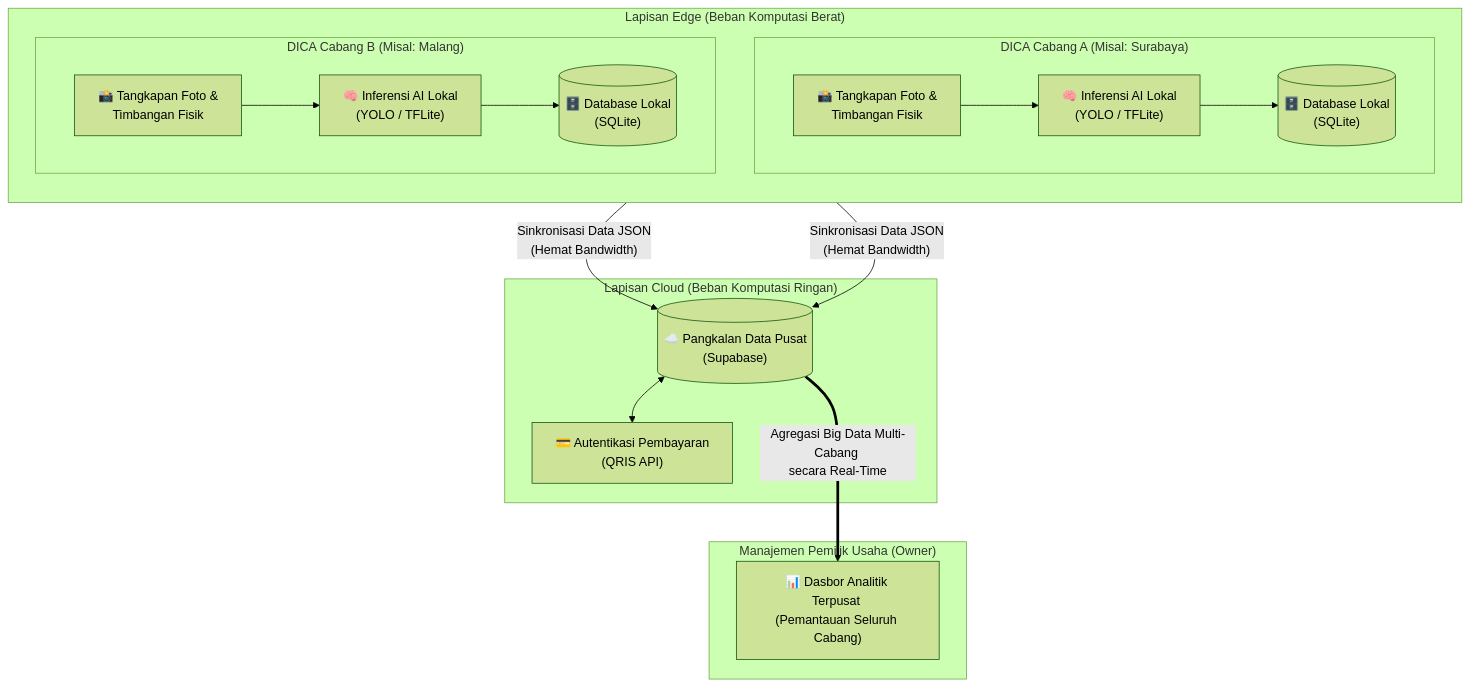
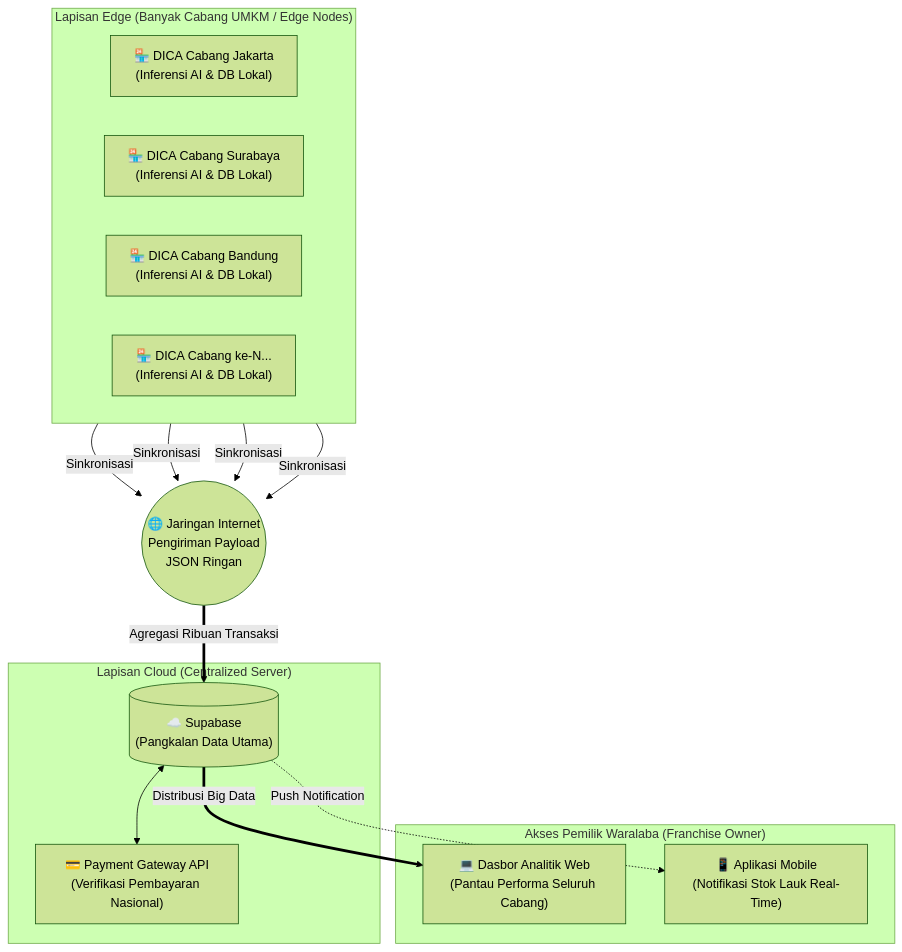
One commit to Mahardika-Ramadhana/dish-counter-apparatus changed the diagram in docs/DISTRIBUTED_ARCHITECTURE.md. Above: the diagram before and after it, drawn with Mermaid (forest theme).

Commit message:
docs: update mermaid diagram to show multi-branch edge scaling

````diff
--- a/docs/DISTRIBUTED_ARCHITECTURE.md
+++ b/docs/DISTRIBUTED_ARCHITECTURE.md
@@ -7,38 +7,40 @@
 ```mermaid
 flowchart TD
-    %% Lapisan Edge
-    subgraph Edge["Lapisan Edge (Beban Komputasi Berat)"]
-        direction TB
-        
-        subgraph CabangA["DICA Cabang A (Misal: Surabaya)"]
-            direction LR
-            SensorA["📸 Tangkapan Foto & <br>Timbangan Fisik"] --> InferensiA["🧠 Inferensi AI Lokal <br>(YOLO / TFLite)"]
-            InferensiA --> LokalA[("🗄️ Database Lokal <br>(SQLite)")]
-        end
-        
-        subgraph CabangB["DICA Cabang B (Misal: Malang)"]
-            direction LR
-            SensorB["📸 Tangkapan Foto & <br>Timbangan Fisik"] --> InferensiB["🧠 Inferensi AI Lokal <br>(YOLO / TFLite)"]
-            InferensiB --> LokalB[("🗄️ Database Lokal <br>(SQLite)")]
-        end
+    %% Lapisan Multi-Cabang (Edge)
+    subgraph LapisanEdge ["Lapisan Edge (Banyak Cabang UMKM / Edge Nodes)"]
+        direction LR
+        Cabang1["🏪 DICA Cabang Jakarta<br>(Inferensi AI & DB Lokal)"]
+        Cabang2["🏪 DICA Cabang Surabaya<br>(Inferensi AI & DB Lokal)"]
+        Cabang3["🏪 DICA Cabang Bandung<br>(Inferensi AI & DB Lokal)"]
+        CabangN["🏪 DICA Cabang ke-N...<br>(Inferensi AI & DB Lokal)"]
     end
 
-    %% Transmisi Jaringan
-    LokalA -- "Sinkronisasi Data JSON <br>(Hemat Bandwidth)" --> Supabase
-    LokalB -- "Sinkronisasi Data JSON <br>(Hemat Bandwidth)" --> Supabase
+    %% Jaringan Transmisi
+    Internet(("🌐 Jaringan Internet<br>Pengiriman Payload<br>JSON Ringan"))
 
-    %% Lapisan Cloud
-    subgraph Cloud["Lapisan Cloud (Beban Komputasi Ringan)"]
-        Supabase[("☁️ Pangkalan Data Pusat <br>(Supabase)")]
-        QRIS["💳 Autentikasi Pembayaran <br>(QRIS API)"]
+    %% Sinkronisasi dari Cabang ke Internet
+    Cabang1 -->|Sinkronisasi| Internet
+    Cabang2 -->|Sinkronisasi| Internet
+    Cabang3 -->|Sinkronisasi| Internet
+    CabangN -->|Sinkronisasi| Internet
+
+    %% Lapisan Cloud Terpusat
+    subgraph LapisanCloud ["Lapisan Cloud (Centralized Server)"]
+        Supabase[("☁️ Supabase<br>(Pangkalan Data Utama)")]
+        QRIS["💳 Payment Gateway API<br>(Verifikasi Pembayaran Nasional)"]
         Supabase <--> QRIS
     end
 
-    %% Lapisan Pengguna / Pemilik
-    subgraph Pengguna["Manajemen Pemilik Usaha (Owner)"]
-        Dashboard["📊 Dasbor Analitik Terpusat <br>(Pemantauan Seluruh Cabang)"]
+    %% Agregasi dari Internet ke Cloud
+    Internet ==>|Agregasi Ribuan Transaksi| Supabase
+
+    %% Akses Terpusat (User)
+    subgraph AksesPemilik ["Akses Pemilik Waralaba (Franchise Owner)"]
+        Dashboard["💻 Dasbor Analitik Web<br>(Pantau Performa Seluruh Cabang)"]
+        Mobile["📱 Aplikasi Mobile<br>(Notifikasi Stok Lauk Real-Time)"]
     end
 
-    %% Koneksi Cloud ke Dashboard
-    Supabase == "Agregasi Big Data Multi-Cabang <br>secara Real-Time" ===> Dashboard
+    %% Aliran dari Cloud ke Pemilik
+    Supabase ==>|Distribusi Big Data| Dashboard
+    Supabase -.->|Push Notification| Mobile
 ```
````
